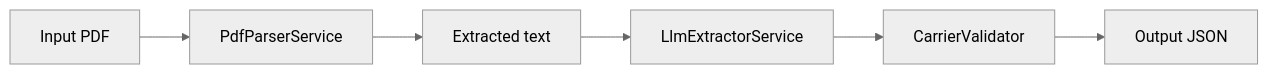
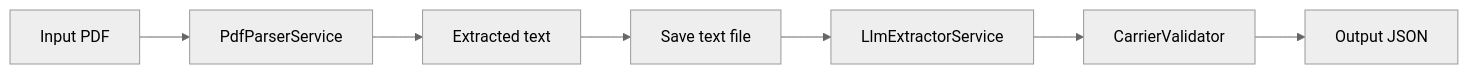
One commit to iammikek/universal-carrier-formatter changed the second of 2 diagrams in docs/ARCHITECTURE.md. Above: the diagram before and after it, drawn with Mermaid (neutral theme). The commit also changed other lines of this file and 14 other files, not shown here.

First line of the commit message:
Always save extracted text; add progress feedback; update docs; remove Huboo ref

````diff
--- a/docs/ARCHITECTURE.md
+++ b/docs/ARCHITECTURE.md
@@ -66,15 +66,17 @@
 ```mermaid
 flowchart LR
     PDF[Input PDF]
     PdfParser[PdfParserService]
     Text[Extracted text]
+    Save[Save text file]
     LlmExtractor[LlmExtractorService]
     Validator[CarrierValidator]
     JSON[Output JSON]
 
     PDF --> PdfParser
     PdfParser --> Text
-    Text --> LlmExtractor
+    Text --> Save
+    Save --> LlmExtractor
     LlmExtractor --> Validator
     Validator --> JSON
 ```
````
